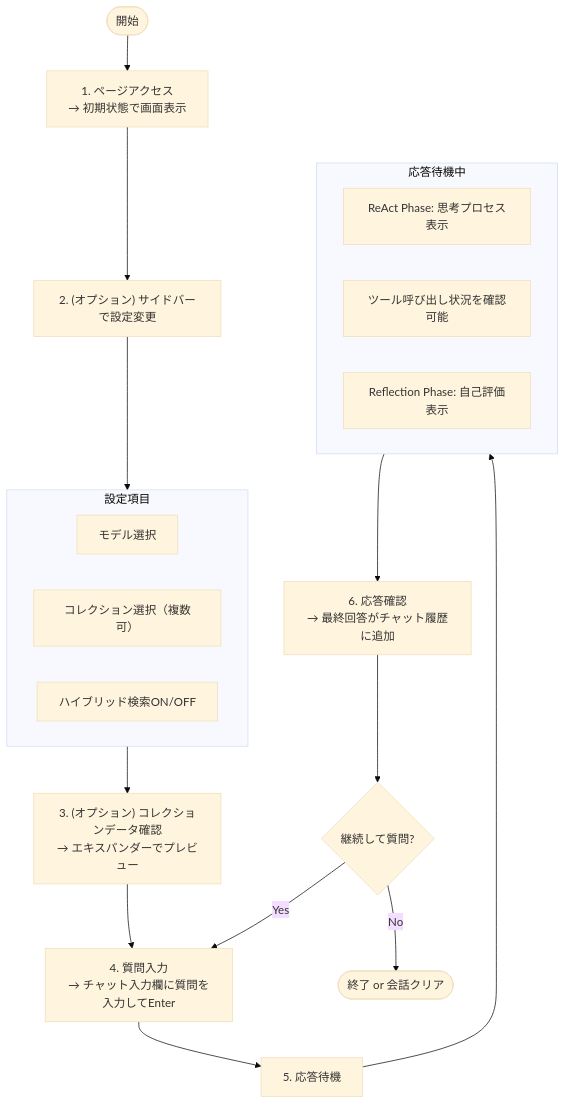
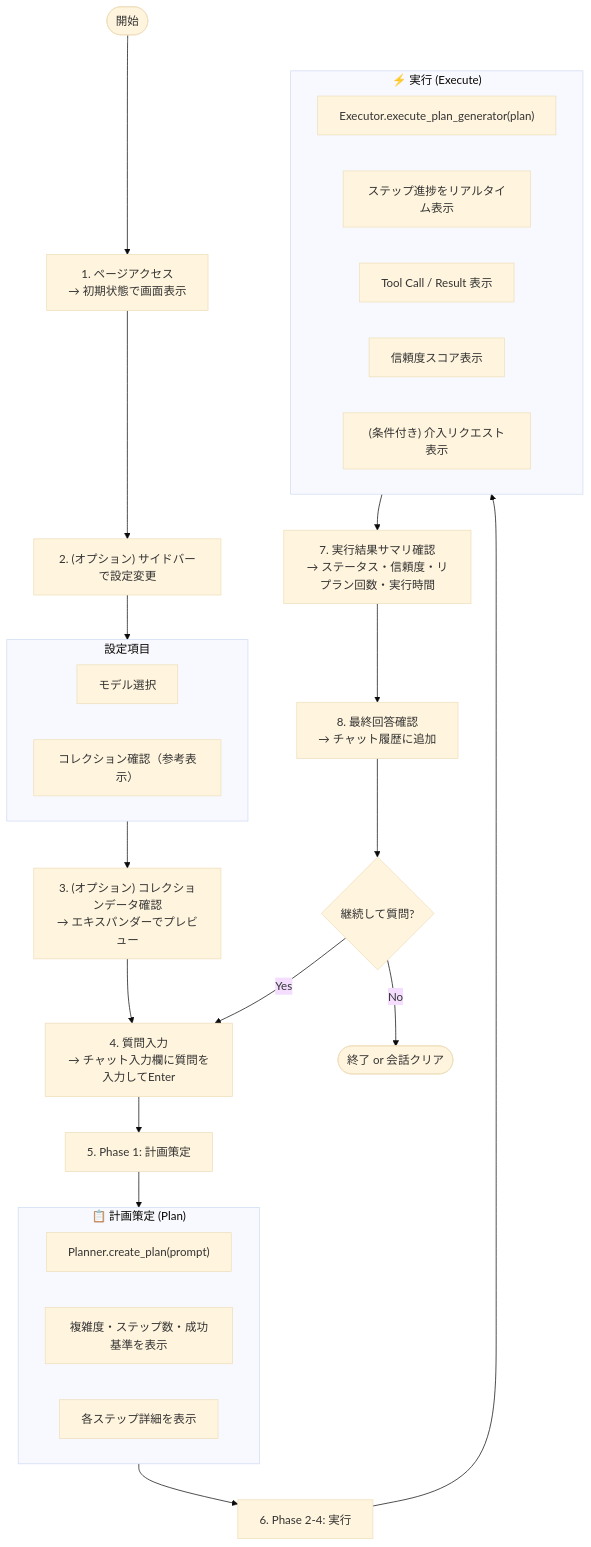
One commit to nakashima2toshio/gemini_grace_agent changed the seventh of 13 diagrams in ui/doc/grace_chat_page.md. Above: the diagram before and after it, drawn with Mermaid (base theme). The commit also changed other lines of this file and 26 other files, not shown here.

````diff
--- a/ui/doc/grace_chat_page.md
+++ b/ui/doc/grace_chat_page.md
@@ -327,28 +542,39 @@
 ```mermaid
 flowchart TB
     Start(["開始"]) --> A["1. ページアクセス<br/>→ 初期状態で画面表示"]
     A --> B["2. (オプション) サイドバーで設定変更"]
 
     subgraph Settings["設定項目"]
         B1["モデル選択"]
-        B2["コレクション選択（複数可）"]
-        B3["ハイブリッド検索ON/OFF"]
+        B2["コレクション確認（参考表示）"]
     end
     B --> Settings
 
     Settings --> C["3. (オプション) コレクションデータ確認<br/>→ エキスパンダーでプレビュー"]
     C --> D["4. 質問入力<br/>→ チャット入力欄に質問を入力してEnter"]
-    D --> E["5. 応答待機"]
+    D --> E1["5. Phase 1: 計画策定"]
 
-    subgraph Waiting["応答待機中"]
-        E1["ReAct Phase: 思考プロセス表示"]
-        E2["ツール呼び出し状況を確認可能"]
-        E3["Reflection Phase: 自己評価表示"]
+    subgraph PlanPhase["📋 計画策定 (Plan)"]
+        E1a["Planner.create_plan(prompt)"]
+        E1b["複雑度・ステップ数・成功基準を表示"]
+        E1c["各ステップ詳細を表示"]
     end
-    E --> Waiting
+    E1 --> PlanPhase
 
-    Waiting --> F["6. 応答確認<br/>→ 最終回答がチャット履歴に追加"]
-    F --> G{"継続して質問?"}
-    G -->|Yes| D
-    G -->|No| End(["終了 or 会話クリア"])
+    PlanPhase --> E2["6. Phase 2-4: 実行"]
+
+    subgraph ExecPhase["⚡ 実行 (Execute)"]
+        E2a["Executor.execute_plan_generator(plan)"]
+        E2b["ステップ進捗をリアルタイム表示"]
+        E2c["Tool Call / Result 表示"]
+        E2d["信頼度スコア表示"]
+        E2e["(条件付き) 介入リクエスト表示"]
+    end
+    E2 --> ExecPhase
+
+    ExecPhase --> F["7. 実行結果サマリ確認<br/>→ ステータス・信頼度・リプラン回数・実行時間"]
+    F --> G["8. 最終回答確認<br/>→ チャット履歴に追加"]
+    G --> H{"継続して質問?"}
+    H -->|Yes| D
+    H -->|No| End(["終了 or 会話クリア"])
 ```
````
